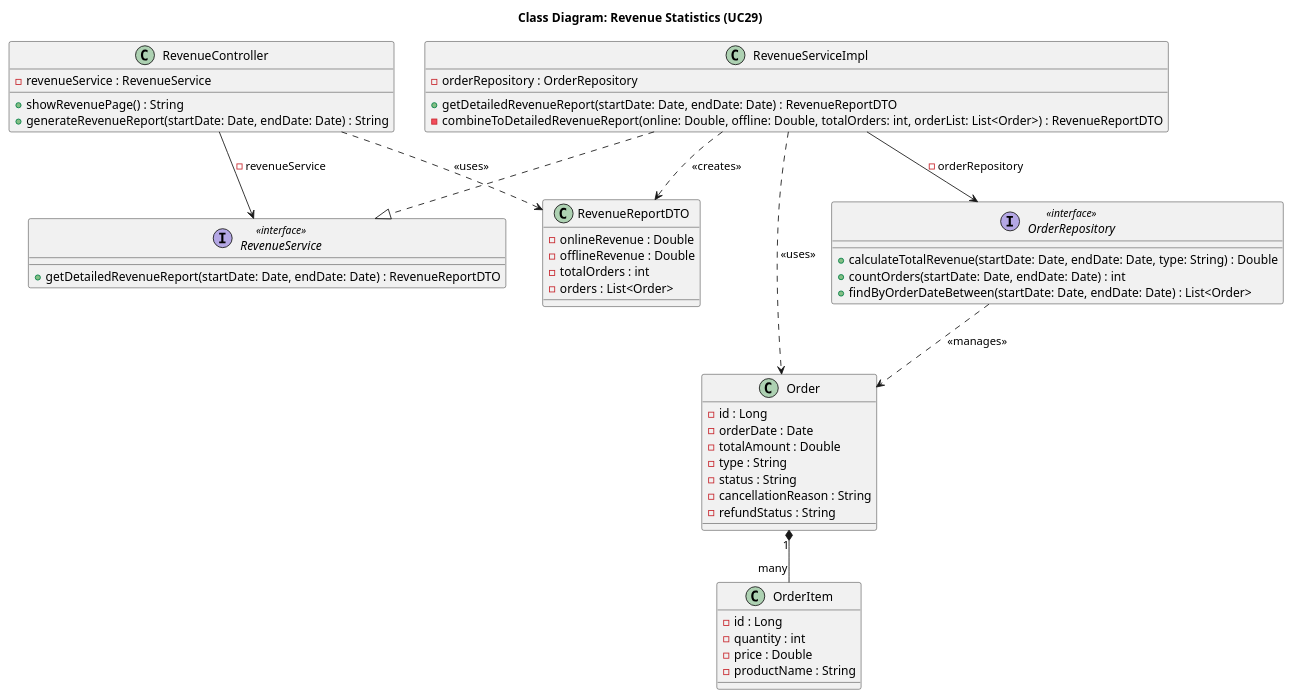
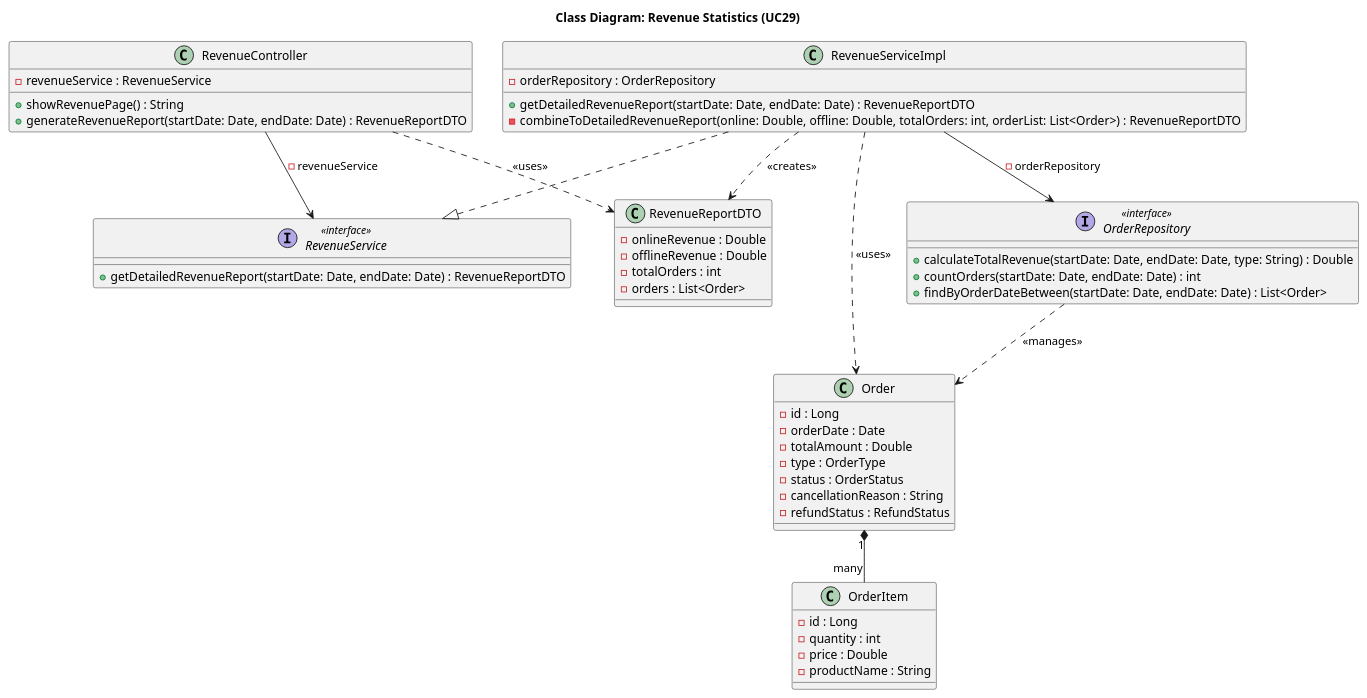
The diagram in src/main/java/org/example/fashionstoresystem/uml/Class/CD29_RevenueStatistics.puml (Peterdir/fashion-store-system), drawn with PlantUML before and after one commit. The commit also changed 63 other files, not shown here.

```diff
--- a/src/main/java/org/example/fashionstoresystem/uml/Class/CD29_RevenueStatistics.puml
+++ b/src/main/java/org/example/fashionstoresystem/uml/Class/CD29_RevenueStatistics.puml
@@ -1,73 +1,76 @@
 @startuml
 title Class Diagram: Revenue Statistics (UC29)
 
 ' Controller
 class RevenueController {
     - revenueService : RevenueService
     + showRevenuePage() : String
-    + generateRevenueReport(startDate: Date, endDate: Date) : String
+    + generateRevenueReport(startDate: Date, endDate: Date) : RevenueReportDTO
 }
 
 ' Service
 interface RevenueService <<interface>> {
     + getDetailedRevenueReport(startDate: Date, endDate: Date) : RevenueReportDTO
 }
 
 class RevenueServiceImpl {
     - orderRepository : OrderRepository
     + getDetailedRevenueReport(startDate: Date, endDate: Date) : RevenueReportDTO
     - combineToDetailedRevenueReport(online: Double, offline: Double, totalOrders: int, orderList: List<Order>) : RevenueReportDTO
 }
 
 ' Repository
 interface OrderRepository <<interface>> {
     + calculateTotalRevenue(startDate: Date, endDate: Date, type: String) : Double
     + countOrders(startDate: Date, endDate: Date) : int
     + findByOrderDateBetween(startDate: Date, endDate: Date) : List<Order>
 }
 
-' Entity & DTO
+' DTO
+
 class RevenueReportDTO {
     - onlineRevenue : Double
     - offlineRevenue : Double
     - totalOrders : int
     - orders : List<Order>
 }
 
+' Entity
+
 class Order {
     - id : Long
     - orderDate : Date
     - totalAmount : Double
-    - type : String
-    - status : String
+    - type : OrderType
+    - status : OrderStatus
     - cancellationReason : String
-    - refundStatus : String
+    - refundStatus : RefundStatus
 }
 
 class OrderItem {
     - id : Long
     - quantity : int
     - price : Double
     - productName : String
 }
 
 ' Relationships
 
 ' Composition (Order contains OrderItems)
 Order "1" *-- "many" OrderItem
 
 ' Implementation
 RevenueServiceImpl ..|> RevenueService
 
 ' Dependency Injection
 RevenueController --> RevenueService : - revenueService
 RevenueServiceImpl --> OrderRepository : - orderRepository
 
 ' Object Usage
 RevenueController ..> RevenueReportDTO : <<uses>>
 RevenueServiceImpl ..> RevenueReportDTO : <<creates>>
 
 OrderRepository ..> Order : <<manages>>
 RevenueServiceImpl ..> Order : <<uses>>
 
 @enduml
```
